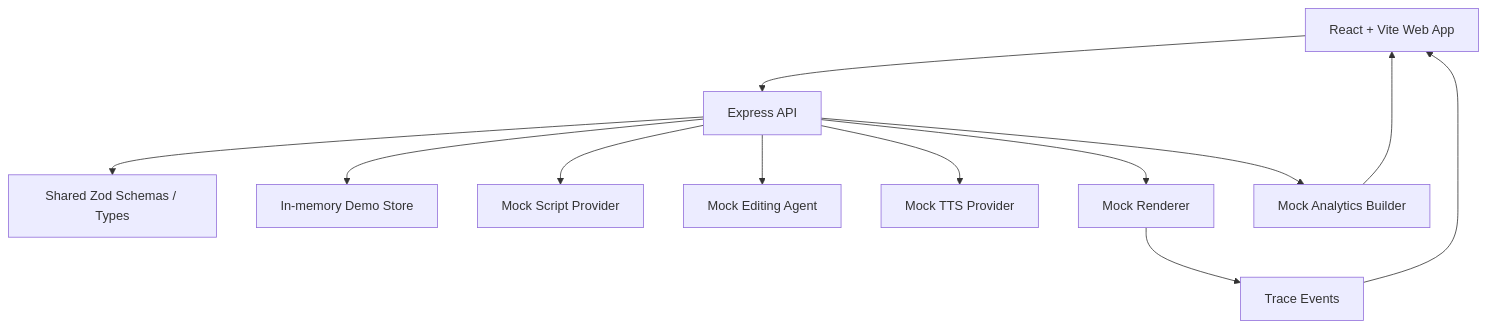
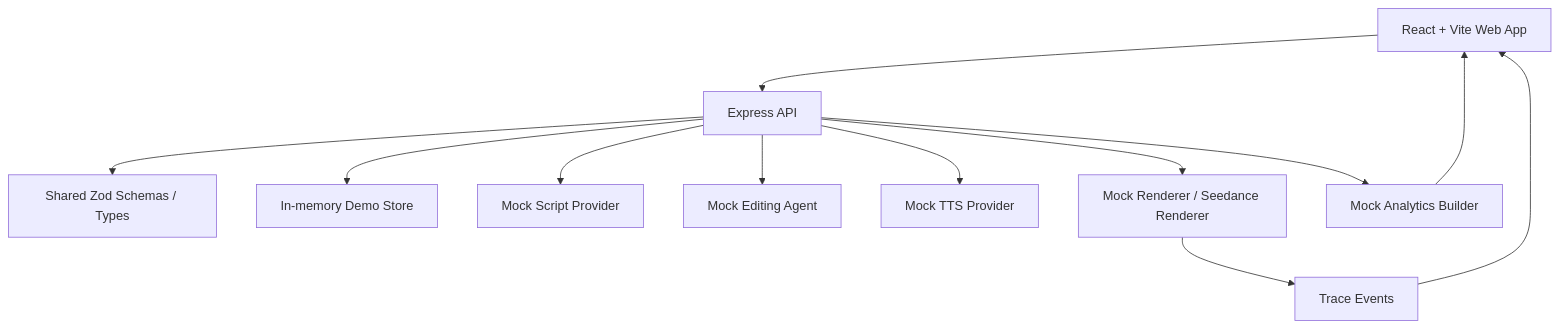
One commit to Jankin-Chen123/shopclip-ai changed the diagram in README.md. Above: the diagram before and after it, drawn with Mermaid. The commit also changed other lines of this file and 22 other files, not shown here.

````diff
--- a/README.md
+++ b/README.md
@@ -136,14 +138,14 @@
 ```mermaid
 flowchart TD
   Web["React + Vite Web App"] --> API["Express API"]
   API --> Contracts["Shared Zod Schemas / Types"]
   API --> Store["In-memory Demo Store"]
   API --> Script["Mock Script Provider"]
   API --> Agent["Mock Editing Agent"]
   API --> TTS["Mock TTS Provider"]
-  API --> Renderer["Mock Renderer"]
+  API --> Renderer["Mock Renderer / Seedance Renderer"]
   API --> Dashboard["Mock Analytics Builder"]
   Renderer --> Trace["Trace Events"]
   Trace --> Web
   Dashboard --> Web
 ```
````
